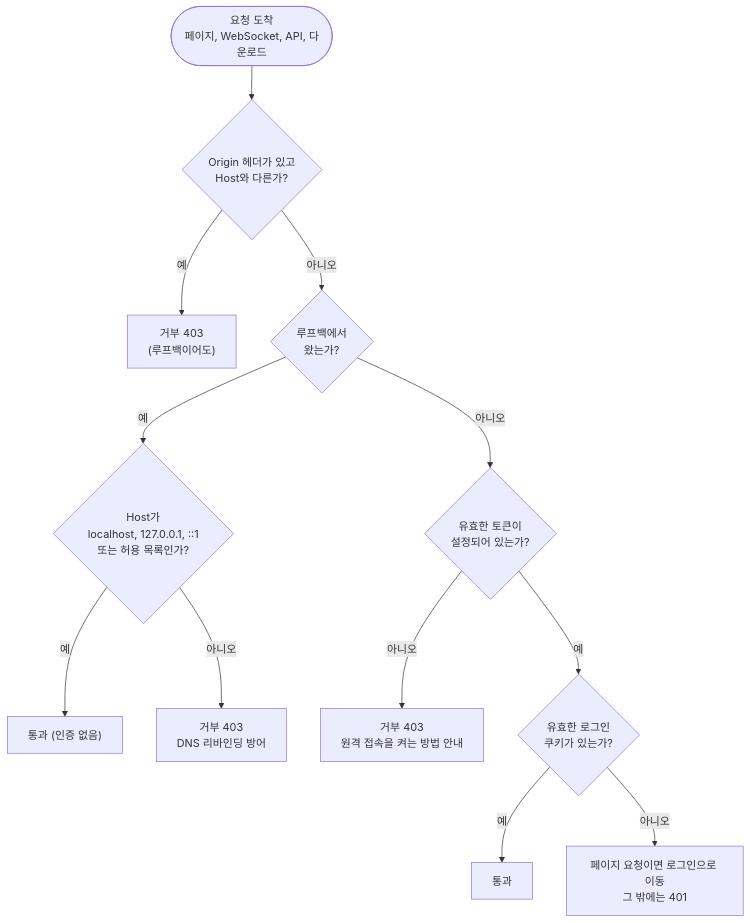
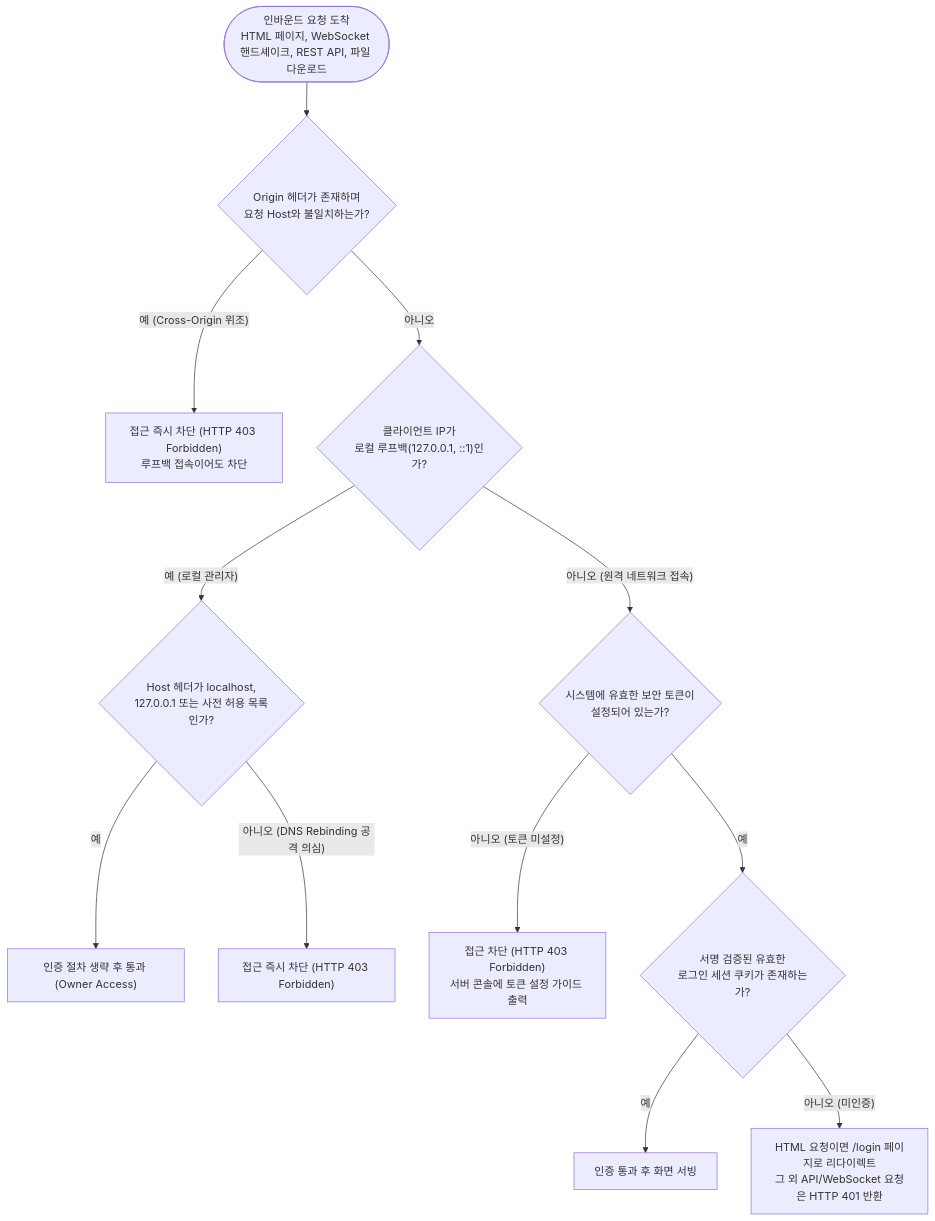
Before and after one commit to HaJaehee/MultiAgentDebateAndOrchestrationPlatform: the second of 3 diagrams in lectures/03-architecture/03-deployment-view.md, drawn with Mermaid. The commit also changed other lines of this file and 39 other files, not shown here.

````diff
--- a/lectures/03-architecture/03-deployment-view.md
+++ b/lectures/03-architecture/03-deployment-view.md
@@ -162,14 +139,14 @@
 ```mermaid
 flowchart TB
-    req(["요청 도착<br/>페이지, WebSocket, API, 다운로드"]) --> origin{"Origin 헤더가 있고<br/>Host와 다른가?"}
-    origin -->|"예"| deny1["거부 403<br/>(루프백이어도)"]
-    origin -->|"아니오"| loop{"루프백에서<br/>왔는가?"}
-    loop -->|"예"| host{"Host가<br/>localhost, 127.0.0.1, ::1<br/>또는 허용 목록인가?"}
-    host -->|"예"| pass1["통과 (인증 없음)"]
-    host -->|"아니오"| deny2["거부 403<br/>DNS 리바인딩 방어"]
-    loop -->|"아니오"| tok{"유효한 토큰이<br/>설정되어 있는가?"}
-    tok -->|"아니오"| deny3["거부 403<br/>원격 접속을 켜는 방법 안내"]
-    tok -->|"예"| cookie{"유효한 로그인<br/>쿠키가 있는가?"}
-    cookie -->|"예"| pass2["통과"]
-    cookie -->|"아니오"| login["페이지 요청이면 로그인으로 이동<br/>그 밖에는 401"]
+    req(["인바운드 요청 도착<br/>HTML 페이지, WebSocket 핸드셰이크, REST API, 파일 다운로드"]) --> origin{"Origin 헤더가 존재하며<br/>요청 Host와 불일치하는가?"}
+    origin -->|"예 (Cross-Origin 위조)"| deny1["접근 즉시 차단 (HTTP 403 Forbidden)<br/>루프백 접속이어도 차단"]
+    origin -->|"아니오"| loop{"클라이언트 IP가<br/>로컬 루프백(127.0.0.1, ::1)인가?"}
+    loop -->|"예 (로컬 관리자)"| host{"Host 헤더가 localhost,<br/>127.0.0.1 또는 사전 허용 목록인가?"}
+    host -->|"예"| pass1["인증 절차 생략 후 통과 (Owner Access)"]
+    host -->|"아니오 (DNS Rebinding 공격 의심)"| deny2["접근 즉시 차단 (HTTP 403 Forbidden)"]
+    loop -->|"아니오 (원격 네트워크 접속)"| tok{"시스템에 유효한 보안 토큰이<br/>설정되어 있는가?"}
+    tok -->|"아니오 (토큰 미설정)"| deny3["접근 차단 (HTTP 403 Forbidden)<br/>서버 콘솔에 토큰 설정 가이드 출력"]
+    tok -->|"예"| cookie{"서명 검증된 유효한<br/>로그인 세션 쿠키가 존재하는가?"}
+    cookie -->|"예"| pass2["인증 통과 후 화면 서빙"]
+    cookie -->|"아니오 (미인증)"| login["HTML 요청이면 /login 페이지로 리다이렉트<br/>그 외 API/WebSocket 요청은 HTTP 401 반환"]
 ```
````
